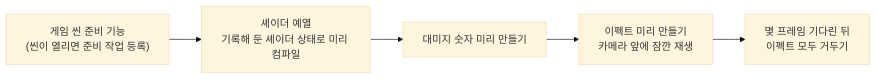
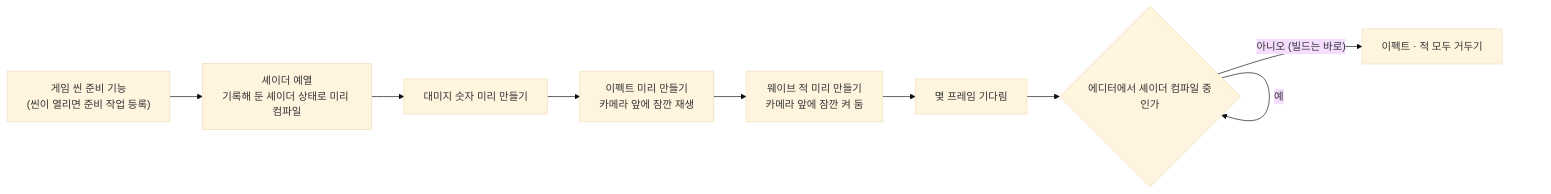
The second of 2 diagrams in Docs/Technical/Game/SceneLoading.md (SquashPrince/Develrocket_mp15_HHH), drawn with Mermaid (base theme) before and after one commit. The commit also changed other lines of this file and 110 other files, not shown here.

````diff
--- a/Docs/Technical/Game/SceneLoading.md
+++ b/Docs/Technical/Game/SceneLoading.md
@@ -42,7 +42,11 @@
 ```mermaid
 flowchart LR
     S["게임 씬 준비 기능<br>(씬이 열리면 준비 작업 등록)"] --> W["셰이더 예열<br>기록해 둔 셰이더 상태로 미리 컴파일"]
     W --> D["대미지 숫자 미리 만들기"]
     D --> E["이펙트 미리 만들기<br>카메라 앞에 잠깐 재생"]
-    E --> F["몇 프레임 기다린 뒤<br>이펙트 모두 거두기"]
+    E --> EN["웨이브 적 미리 만들기<br>카메라 앞에 잠깐 켜 둠"]
+    EN --> F["몇 프레임 기다림"]
+    F --> C{"에디터에서 셰이더 컴파일 중인가"}
+    C -->|"예"| C
+    C -->|"아니오 (빌드는 바로)"| X["이펙트 · 적 모두 거두기"]
 ```
````
